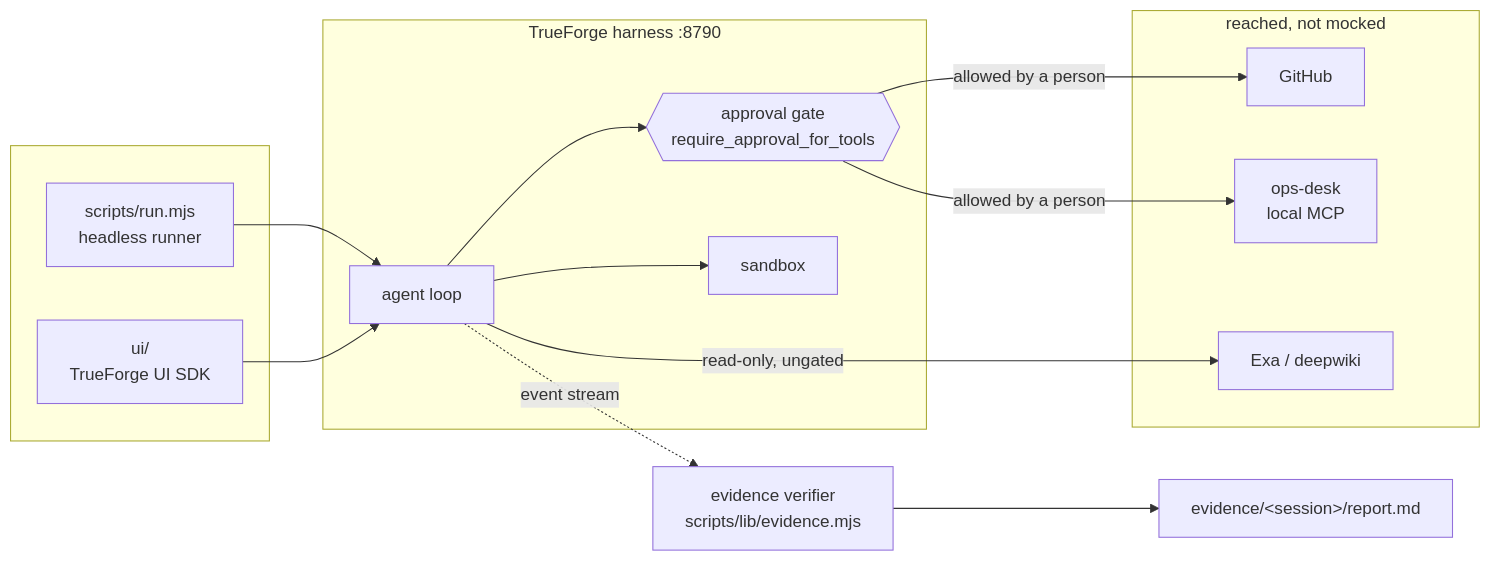
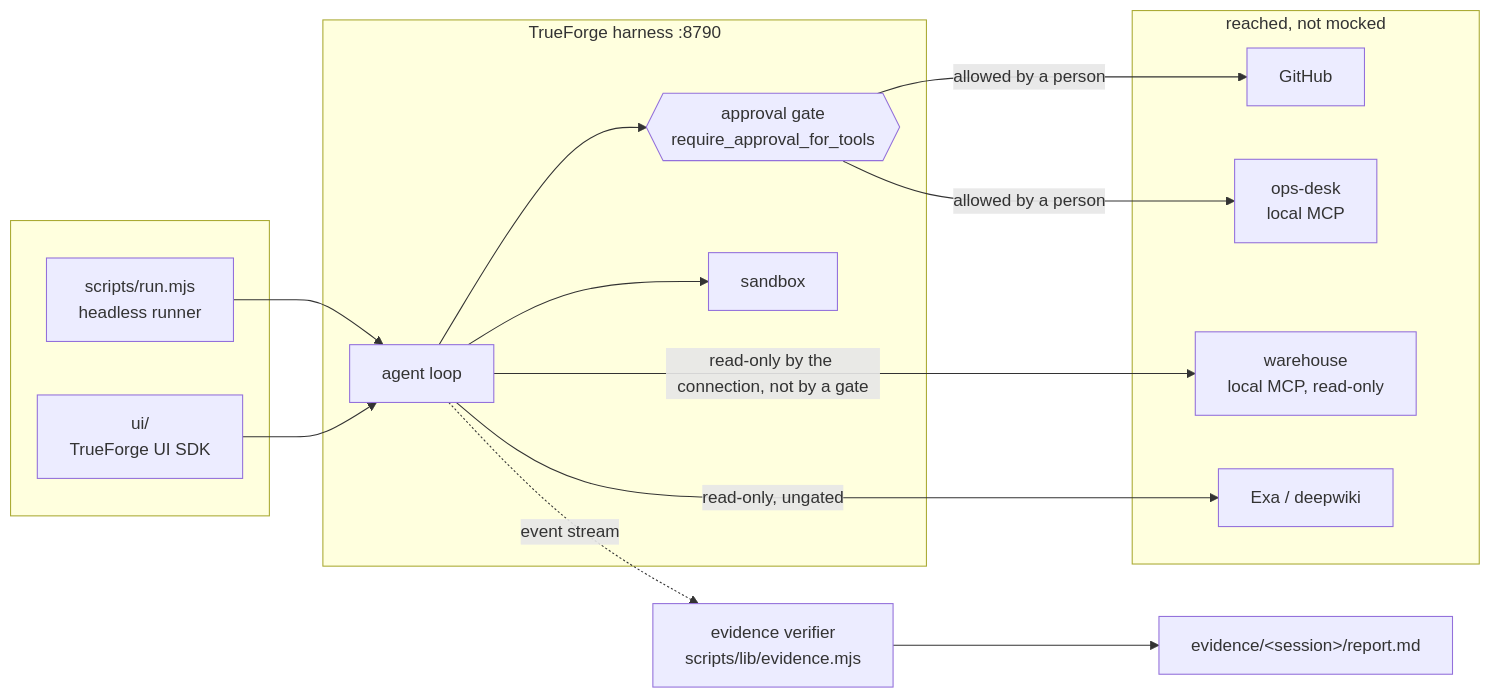
One commit to manumishra12/quartermaster changed the first of 3 diagrams in ARCHITECTURE.md. Above: the diagram before and after it, drawn with Mermaid. The commit also changed 14 other files, not shown here.

````diff
--- a/ARCHITECTURE.md
+++ b/ARCHITECTURE.md
@@ -10,29 +10,31 @@
 ```mermaid
 flowchart LR
   subgraph you[" "]
     CLI["scripts/run.mjs<br/>headless runner"]
     UI["ui/<br/>TrueForge UI SDK"]
   end
 
   subgraph harness["TrueForge harness :8790"]
     LOOP["agent loop"]
     GATE{{"approval gate<br/>require_approval_for_tools"}}
     SBX["sandbox"]
   end
 
   subgraph outside["reached, not mocked"]
     GH["GitHub"]
     OPS["ops-desk<br/>local MCP"]
+    WH["warehouse<br/>local MCP, read-only"]
     WEB["Exa / deepwiki"]
   end
 
   CLI --> LOOP
   UI --> LOOP
   LOOP --> SBX
   LOOP --> GATE
   GATE -->|"allowed by a person"| GH
   GATE -->|"allowed by a person"| OPS
   LOOP -->|"read-only, ungated"| WEB
+  LOOP -->|"read-only by the connection, not by a gate"| WH
   LOOP -.->|"event stream"| EV["evidence verifier<br/>scripts/lib/evidence.mjs"]
   EV --> REP["evidence/&lt;session&gt;/report.md"]
 ```
````
